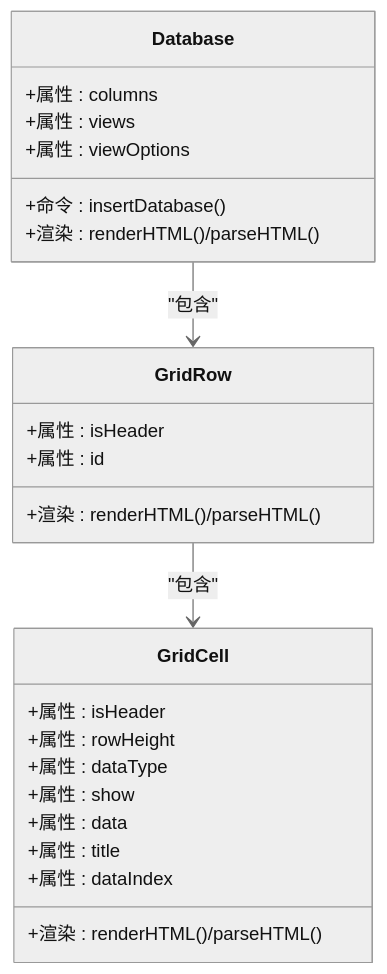
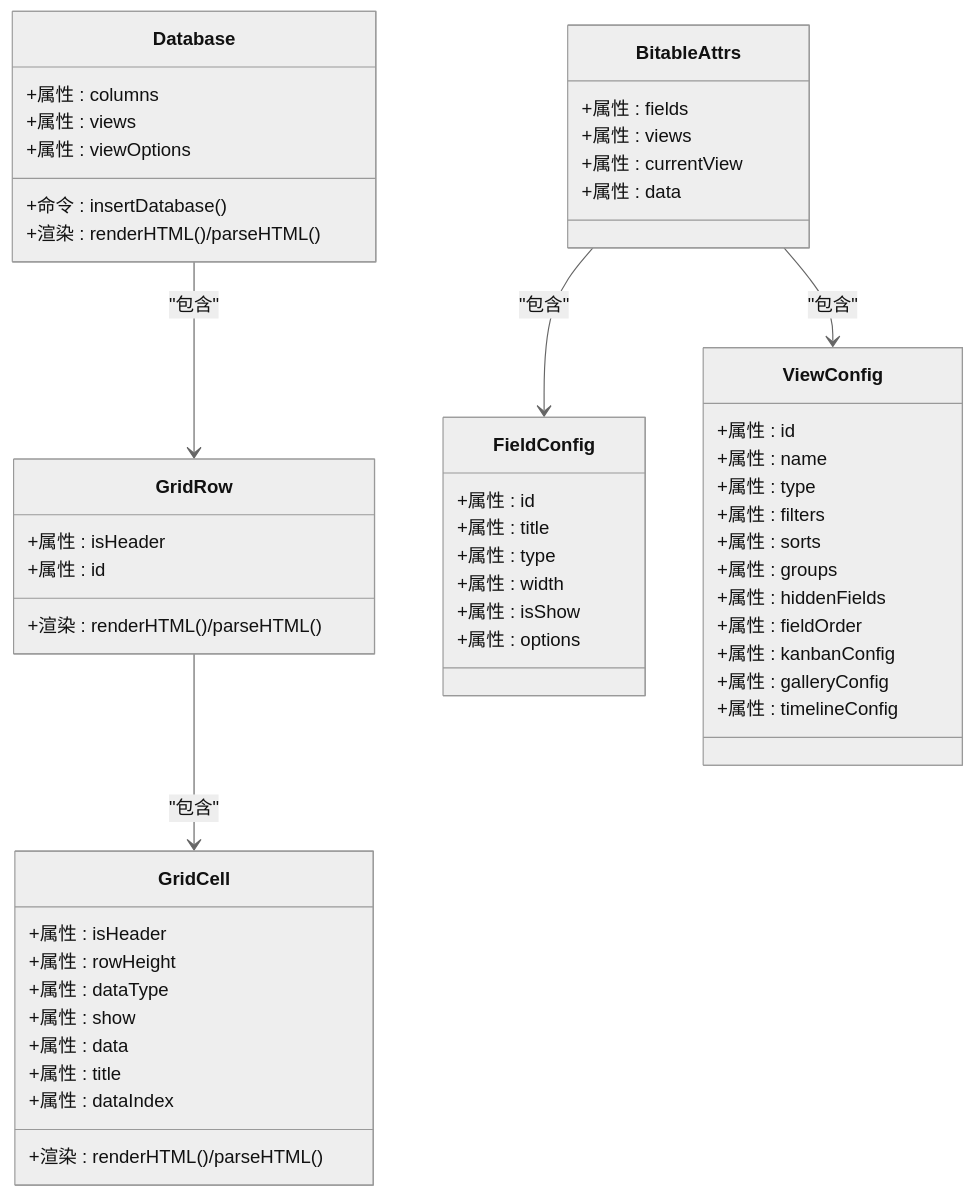
The third of 11 diagrams in .qoder/repowiki/zh/content/功能模块/数据库插件/数据库插件.md (LRF0422/Kotion), drawn with Mermaid (neutral theme) before and after one commit. The commit also changed other lines of this file and 45 other files, not shown here.

````diff
--- a/.qoder/repowiki/zh/content/功能模块/数据库插件/数据库插件.md
+++ b/.qoder/repowiki/zh/content/功能模块/数据库插件/数据库插件.md
@@ -145,27 +216,56 @@
 ```mermaid
 classDiagram
 class Database {
 +属性 : columns
 +属性 : views
 +属性 : viewOptions
 +命令 : insertDatabase()
 +渲染 : renderHTML()/parseHTML()
 }
 class GridRow {
 +属性 : isHeader
 +属性 : id
 +渲染 : renderHTML()/parseHTML()
 }
 class GridCell {
 +属性 : isHeader
 +属性 : rowHeight
 +属性 : dataType
 +属性 : show
 +属性 : data
 +属性 : title
 +属性 : dataIndex
 +渲染 : renderHTML()/parseHTML()
 }
+class BitableAttrs {
++属性 : fields
++属性 : views
++属性 : currentView
++属性 : data
+}
+class FieldConfig {
++属性 : id
++属性 : title
++属性 : type
++属性 : width
++属性 : isShow
++属性 : options
+}
+class ViewConfig {
++属性 : id
++属性 : name
++属性 : type
++属性 : filters
++属性 : sorts
++属性 : groups
++属性 : hiddenFields
++属性 : fieldOrder
++属性 : kanbanConfig
++属性 : galleryConfig
++属性 : timelineConfig
+}
 Database --> GridRow : "包含"
 GridRow --> GridCell : "包含"
+BitableAttrs --> FieldConfig : "包含"
+BitableAttrs --> ViewConfig : "包含"
 ```
````
